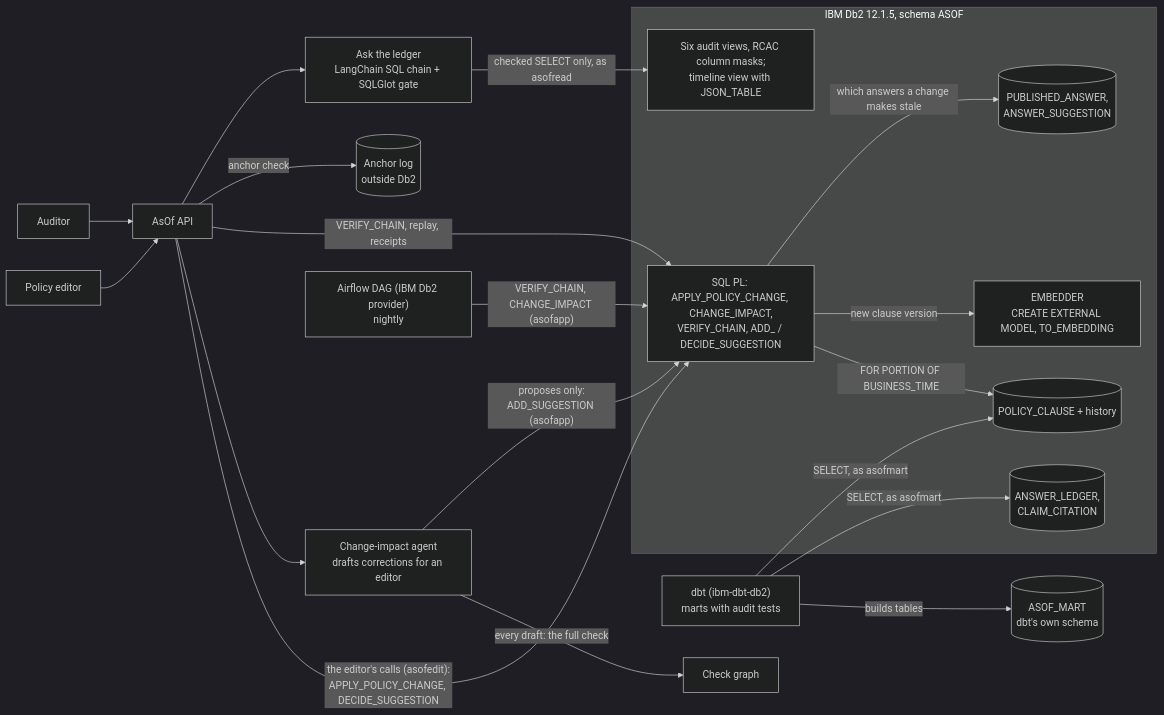
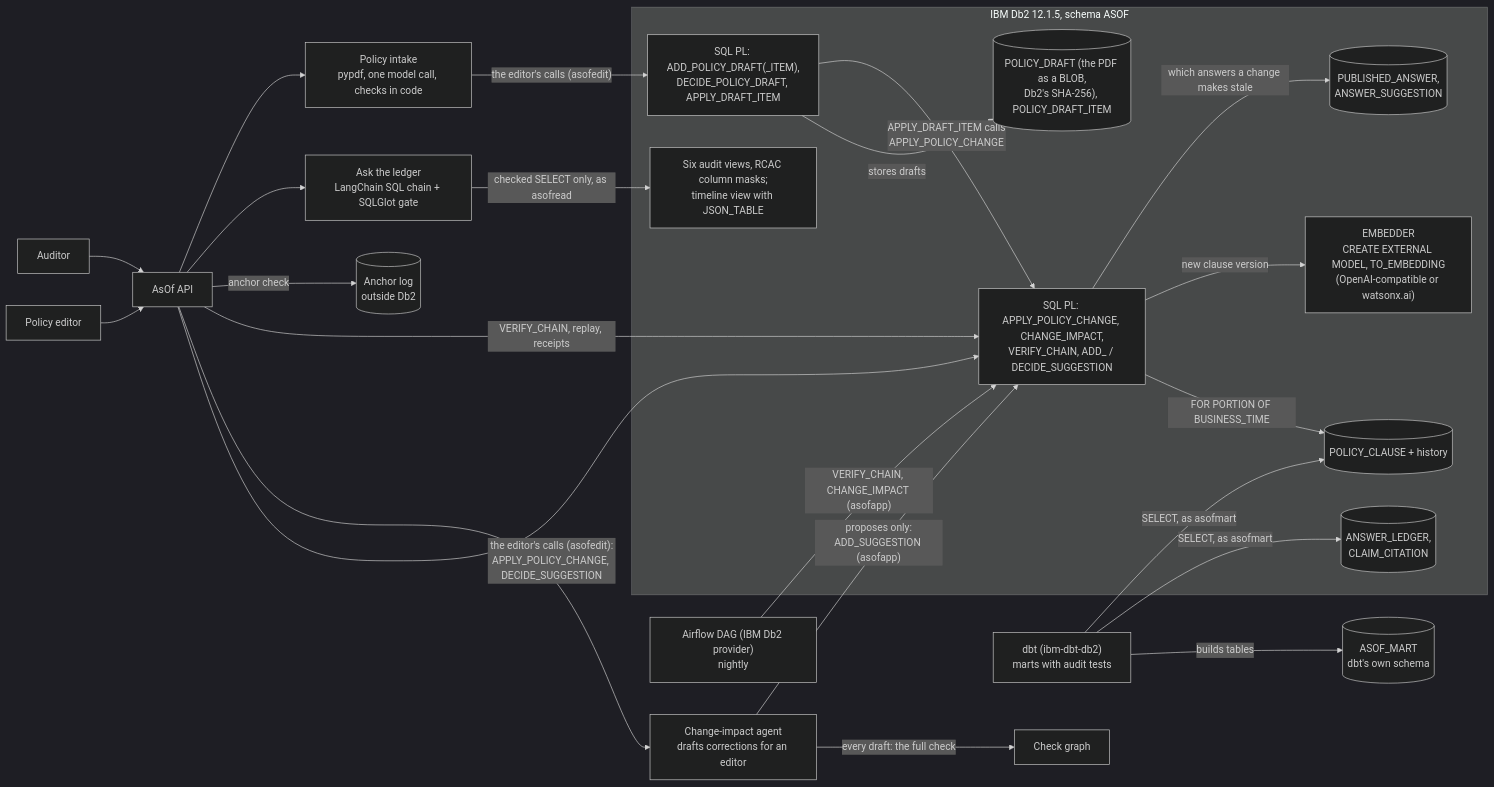
Before and after one commit to KunalGolaIBM/IBM_Db2_TechX_Project_Submission: the second of 4 diagrams in submissions/asof/architecture.md, drawn with Mermaid (dark theme). The commit also changed other lines of this file and 1 other file, not shown here.

First line of the commit message:
docs(asof): add intake, watsonx.ai, the chat page and MCP to architecture.md

````diff
--- a/submissions/asof/architecture.md
+++ b/submissions/asof/architecture.md
@@ -61,31 +67,37 @@
 ```mermaid
 flowchart LR
     subgraph DB2["IBM Db2 12.1.5, schema ASOF"]
         PROCS["SQL PL: APPLY_POLICY_CHANGE, CHANGE_IMPACT,<br/>VERIFY_CHAIN, ADD_ / DECIDE_SUGGESTION"]
+        DPROCS["SQL PL: ADD_POLICY_DRAFT(_ITEM),<br/>DECIDE_POLICY_DRAFT, APPLY_DRAFT_ITEM"]
+        DRAFT[("POLICY_DRAFT (the PDF as a BLOB,<br/>Db2's SHA-256), POLICY_DRAFT_ITEM")]
         PC[("POLICY_CLAUSE + history")]
         LEDGER[("ANSWER_LEDGER,<br/>CLAIM_CITATION")]
         PUB[("PUBLISHED_ANSWER,<br/>ANSWER_SUGGESTION")]
-        MODEL["EMBEDDER<br/>CREATE EXTERNAL MODEL, TO_EMBEDDING"]
+        MODEL["EMBEDDER<br/>CREATE EXTERNAL MODEL, TO_EMBEDDING<br/>(OpenAI-compatible or watsonx.ai)"]
         VIEWS["Six audit views, RCAC column masks;<br/>timeline view with JSON_TABLE"]
     end
     MART[("ASOF_MART<br/>dbt's own schema")]
 
     EDITOR["Policy editor"] --> API["AsOf API"]
     AUDITOR["Auditor"] --> API
     API -- "the editor's calls (asofedit):<br/>APPLY_POLICY_CHANGE, DECIDE_SUGGESTION" --> PROCS
     API --> IMPACT["Change-impact agent<br/>drafts corrections for an editor"]
     IMPACT -- "every draft: the full check" --> GATE["Check graph"]
     IMPACT -- "proposes only:<br/>ADD_SUGGESTION (asofapp)" --> PROCS
     API -- "VERIFY_CHAIN, replay, receipts" --> PROCS
     API -- "anchor check" --> ANCHOR[("Anchor log<br/>outside Db2")]
     API --> ASK["Ask the ledger<br/>LangChain SQL chain + SQLGlot gate"]
+    API --> INTAKE["Policy intake<br/>pypdf, one model call, checks in code"]
+    INTAKE -- "the editor's calls (asofedit)" --> DPROCS
+    DPROCS -- "stores drafts" --> DRAFT
+    DPROCS -- "APPLY_DRAFT_ITEM calls<br/>APPLY_POLICY_CHANGE" --> PROCS
 
     PROCS -- "FOR PORTION OF BUSINESS_TIME" --> PC
     PROCS -- "new clause version" --> MODEL
     PROCS -- "which answers a change makes stale" --> PUB
     ASK -- "checked SELECT only, as asofread" --> VIEWS
     AIRFLOW["Airflow DAG (IBM Db2 provider)<br/>nightly"] -- "VERIFY_CHAIN, CHANGE_IMPACT (asofapp)" --> PROCS
     DBT["dbt (ibm-dbt-db2)<br/>marts with audit tests"] -- "SELECT, as asofmart" --> LEDGER
     DBT -- "SELECT, as asofmart" --> PC
     DBT -- "builds tables" --> MART
 ```
````
